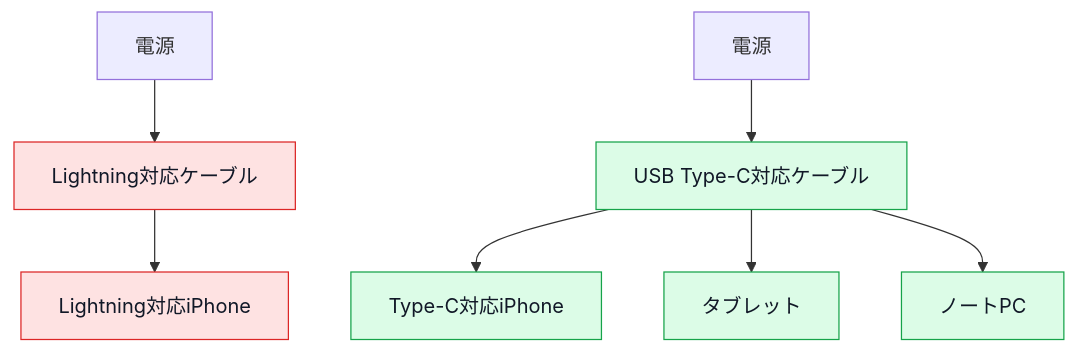
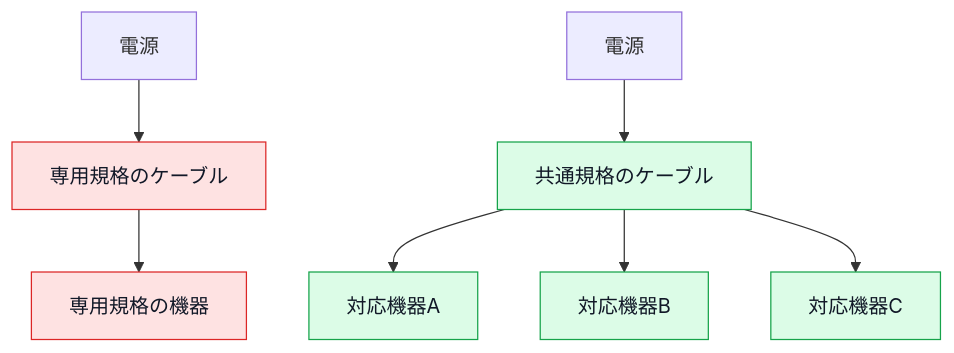
One commit to kumachan1101-pixel/DesignPattern changed the diagram in kindle/design-patterns/books/volume01-core-patterns/output/01-preface.md. Above: the diagram before and after it, drawn with Mermaid. The commit also changed other lines of this file and 11 other files, not shown here.

````diff
--- a/kindle/design-patterns/books/volume01-core-patterns/output/01-preface.md
+++ b/kindle/design-patterns/books/volume01-core-patterns/output/01-preface.md
@@ -93,15 +93,15 @@
 ```mermaid
 flowchart TB
-    P1["電源"] --> L["Lightning対応ケーブル"]
-    L --> I1["Lightning対応iPhone"]
+    P1["電源"] --> L["専用規格のケーブル"]
+    L --> I1["専用規格の機器"]
 
-    P2["電源"] --> C["USB Type-C対応ケーブル"]
-    C --> I2["Type-C対応iPhone"]
-    C --> T["タブレット"]
-    C --> N["ノートPC"]
+    P2["電源"] --> C["共通規格のケーブル"]
+    C --> I2["対応機器A"]
+    C --> T["対応機器B"]
+    C --> N["対応機器C"]
 
     classDef dedicated fill:#fee2e2,stroke:#dc2626,color:#111827;
     classDef common fill:#dcfce7,stroke:#16a34a,color:#111827;
     class L,I1 dedicated;
     class C,I2,T,N common;
 ```
````
